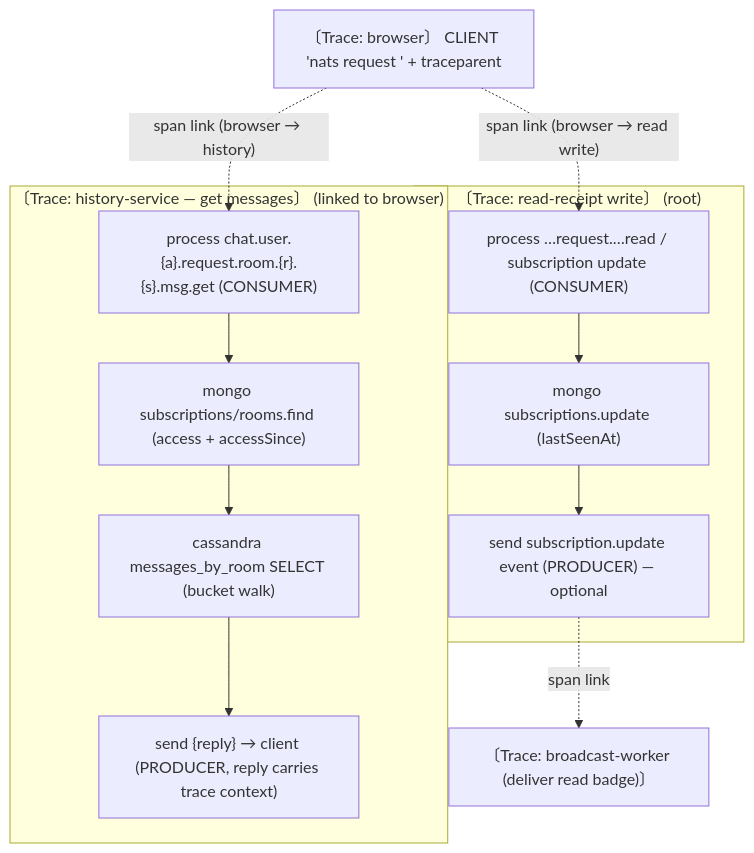
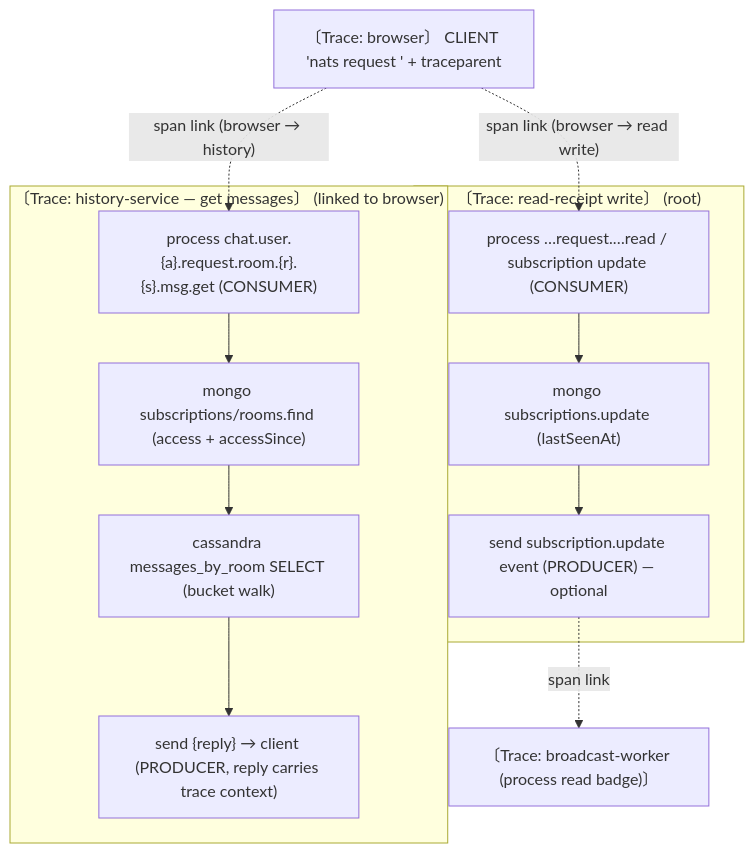
Before and after one commit to hmchangw/newchat: the second of 5 diagrams in docs/specs/o11y/o11y-trace-design.md, drawn with Mermaid. The commit also changed other lines of this file and 47 other files, not shown here.

````diff
--- a/docs/specs/o11y/o11y-trace-design.md
+++ b/docs/specs/o11y/o11y-trace-design.md
@@ -197,23 +196,23 @@
 ```mermaid
 flowchart TB
     Client["〔Trace: browser〕 CLIENT 'nats request <msg.get subject>' + traceparent"]
 
     subgraph THS["〔Trace: history-service — get messages〕 (linked to browser)"]
       HSp["process chat.user.{a}.request.room.{r}.{s}.msg.get (CONSUMER)"]
       HSacc["mongo subscriptions/rooms.find (access + accessSince)"]
       HScass["cassandra messages_by_room SELECT (bucket walk)"]
       HSreply["send {reply} → client (PRODUCER, reply carries trace context)"]
       HSp --> HSacc --> HScass --> HSreply
     end
 
     subgraph TRR["〔Trace: read-receipt write〕 (root)"]
       RRp["process …request.…read / subscription update (CONSUMER)"]
       RRmongo["mongo subscriptions.update (lastSeenAt)"]
       RRpub["send subscription.update event (PRODUCER) — optional"]
       RRp --> RRmongo --> RRpub
     end
 
     Client -. "span link (browser → history)" .-> HSp
     Client -. "span link (browser → read write)" .-> RRp
-    RRpub -. "span link" .-> BW2["〔Trace: broadcast-worker (deliver read badge)〕"]
+    RRpub -. "span link" .-> BW2["〔Trace: broadcast-worker (process read badge)〕"]
 ```
````
